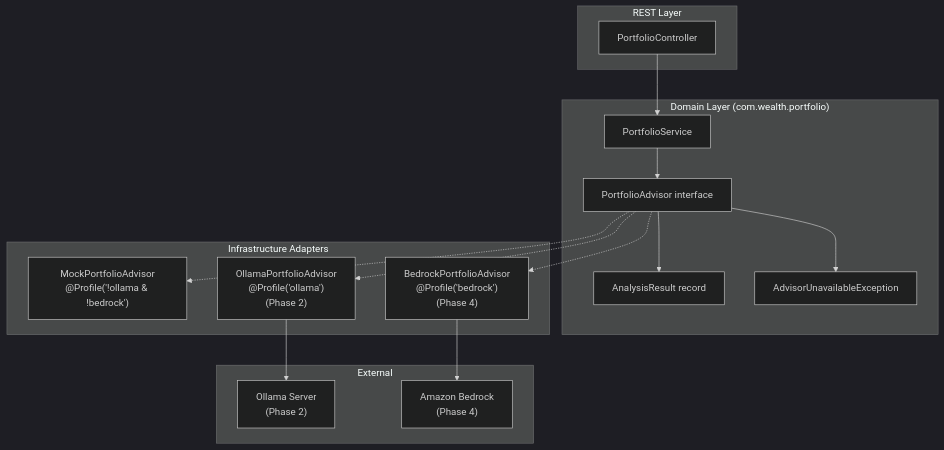
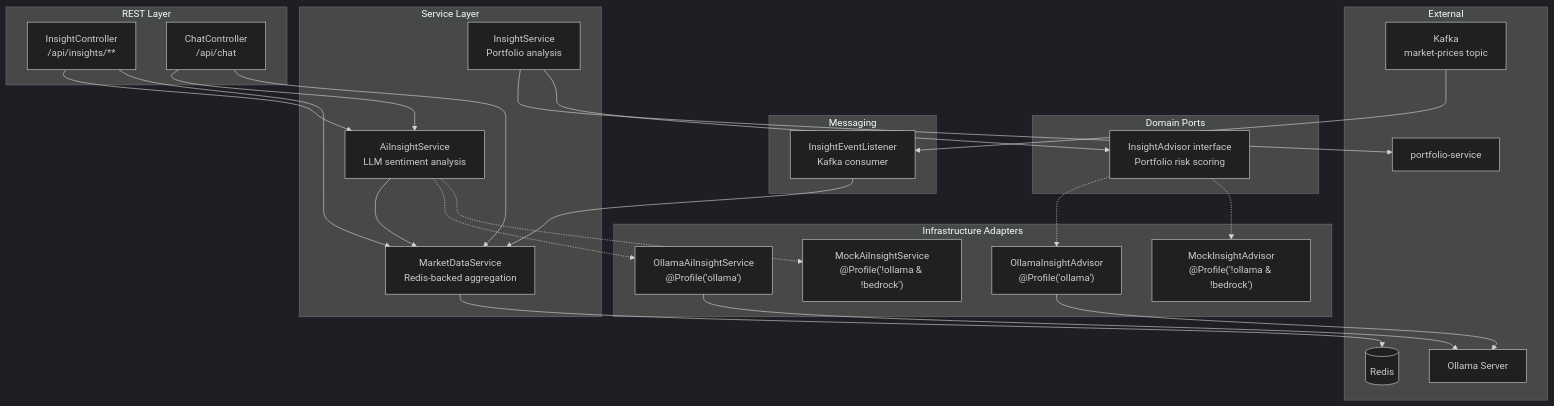
One commit to vibhanshu-agarwal/wealthmgmtandportfoliotracker changed the first of 3 diagrams in .kiro/specs/ai-portfolio-advisor/design.md. Above: the diagram before and after it, drawn with Mermaid (dark theme). The commit also changed other lines of this file and 27 other files, not shown here.

First line of the commit message:
feat(insight-service): AI Insight Integration, Chat Bot, and full test coverage

````diff
--- a/.kiro/specs/ai-portfolio-advisor/design.md
+++ b/.kiro/specs/ai-portfolio-advisor/design.md
@@ -27,34 +26,52 @@
 ```mermaid
 graph TB
     subgraph "REST Layer"
-        PC[PortfolioController]
+        IC[InsightController<br/>/api/insights/**]
+        CC[ChatController<br/>/api/chat]
     end
 
-    subgraph "Domain Layer (com.wealth.portfolio)"
-        PA[PortfolioAdvisor interface]
-        AR[AnalysisResult record]
-        AUE[AdvisorUnavailableException]
-        PS[PortfolioService]
+    subgraph "Service Layer"
+        MDS[MarketDataService<br/>Redis-backed aggregation]
+        AIS[AiInsightService<br/>LLM sentiment analysis]
+        IS[InsightService<br/>Portfolio analysis]
+    end
+
+    subgraph "Domain Ports"
+        IA[InsightAdvisor interface<br/>Portfolio risk scoring]
     end
 
     subgraph "Infrastructure Adapters"
-        MPA["MockPortfolioAdvisor<br/>@Profile('!ollama & !bedrock')"]
-        OPA["OllamaPortfolioAdvisor<br/>@Profile('ollama')<br/>(Phase 2)"]
-        BPA["BedrockPortfolioAdvisor<br/>@Profile('bedrock')<br/>(Phase 4)"]
+        MIA["MockInsightAdvisor<br/>@Profile('!ollama & !bedrock')"]
+        OIA["OllamaInsightAdvisor<br/>@Profile('ollama')"]
+        MAIS["MockAiInsightService<br/>@Profile('!ollama & !bedrock')"]
+        OAIS["OllamaAiInsightService<br/>@Profile('ollama')"]
+    end
+
+    subgraph "Messaging"
+        IEL[InsightEventListener<br/>Kafka consumer]
     end
 
     subgraph "External"
-        OLLAMA["Ollama Server<br/>(Phase 2)"]
-        BEDROCK["Amazon Bedrock<br/>(Phase 4)"]
+        REDIS[(Redis)]
+        KAFKA[Kafka<br/>market-prices topic]
+        OLLAMA[Ollama Server]
+        PS[portfolio-service]
     end
 
-    PC --> PS
-    PS --> PA
-    PA -.-> MPA
-    PA -.-> OPA
-    PA -.-> BPA
-    OPA --> OLLAMA
-    BPA --> BEDROCK
-    PA --> AR
-    PA --> AUE
+    IC --> MDS
+    IC --> AIS
+    CC --> MDS
+    CC --> AIS
+    IS --> IA
+    IS --> PS
+    IA -.-> MIA
+    IA -.-> OIA
+    AIS -.-> MAIS
+    AIS -.-> OAIS
+    OIA --> OLLAMA
+    OAIS --> OLLAMA
+    MDS --> REDIS
+    IEL --> MDS
+    KAFKA --> IEL
+    AIS --> MDS
 ```
````
